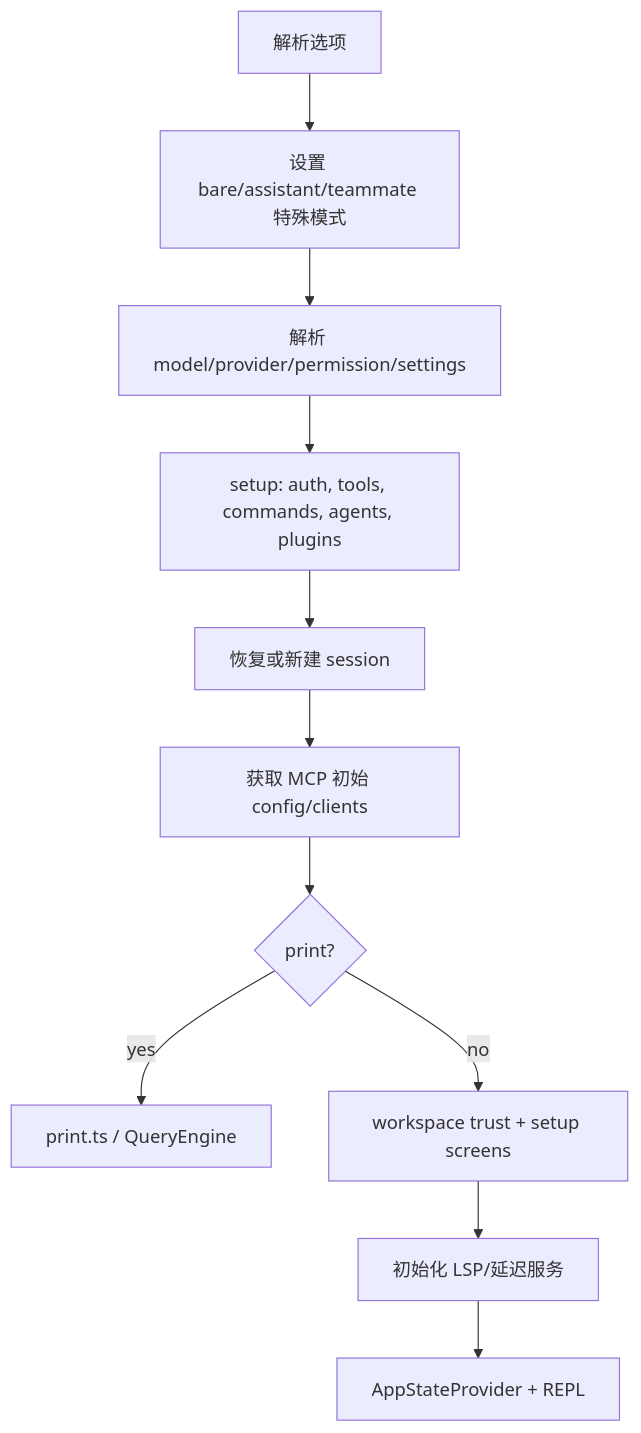
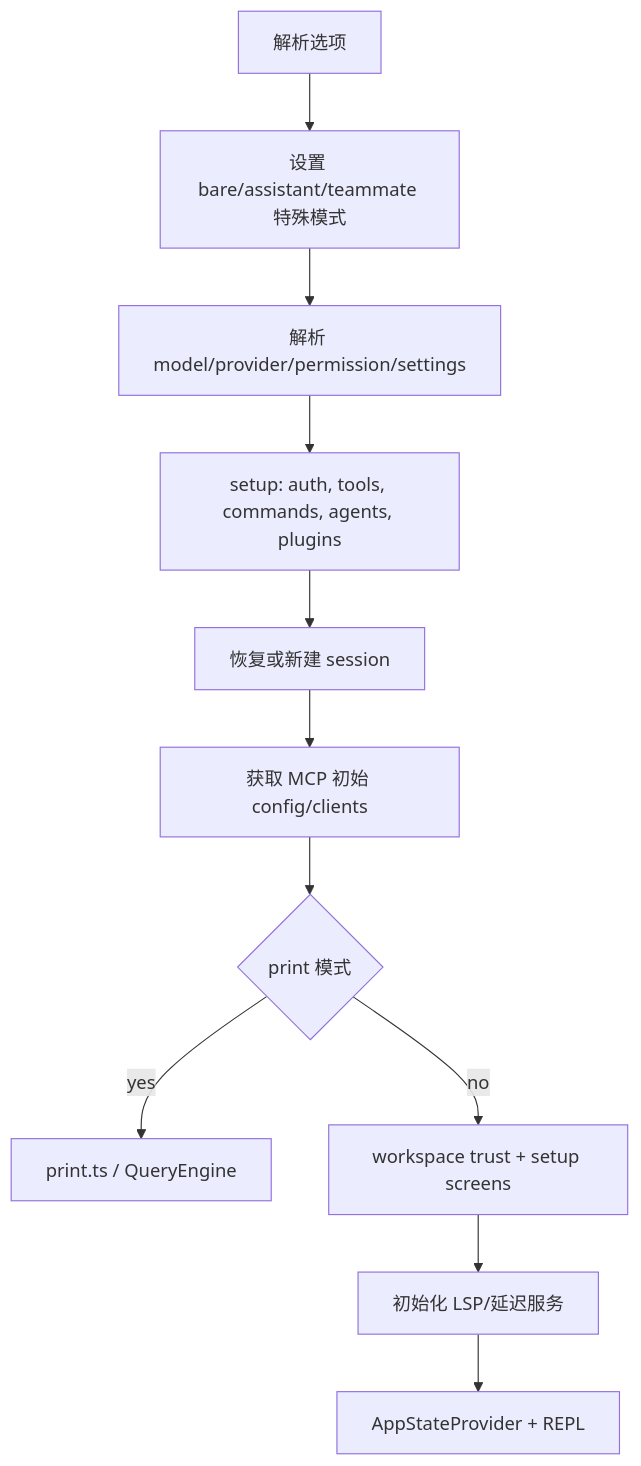
One commit to Hanxcellent/openclaude changed the second of 2 diagrams in docs/project-guide/02-entrypoints-startup.md. Above: the diagram before and after it, drawn with Mermaid. The commit also changed other lines of this file and 22 other files, not shown here.

````diff
--- a/docs/project-guide/02-entrypoints-startup.md
+++ b/docs/project-guide/02-entrypoints-startup.md
@@ -100,13 +100,13 @@
 ```mermaid
 flowchart TD
   A[解析选项] --> B[设置 bare/assistant/teammate 特殊模式]
   B --> C[解析 model/provider/permission/settings]
   C --> D[setup: auth, tools, commands, agents, plugins]
   D --> E[恢复或新建 session]
   E --> F[获取 MCP 初始 config/clients]
-  F --> G{print?}
+  F --> G{print 模式}
   G -- yes --> H[print.ts / QueryEngine]
   G -- no --> I[workspace trust + setup screens]
   I --> J[初始化 LSP/延迟服务]
   J --> K[AppStateProvider + REPL]
 ```
````
